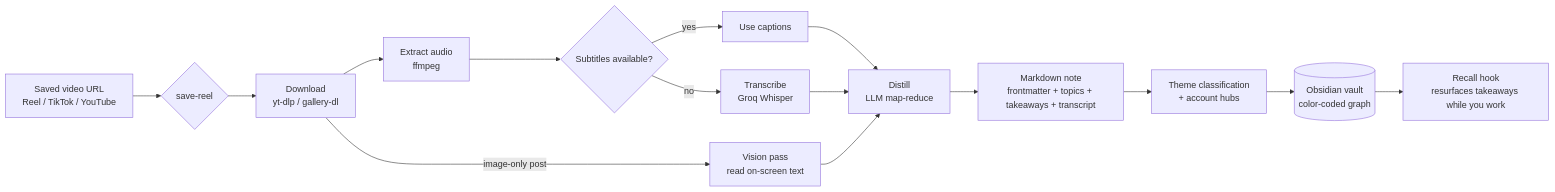
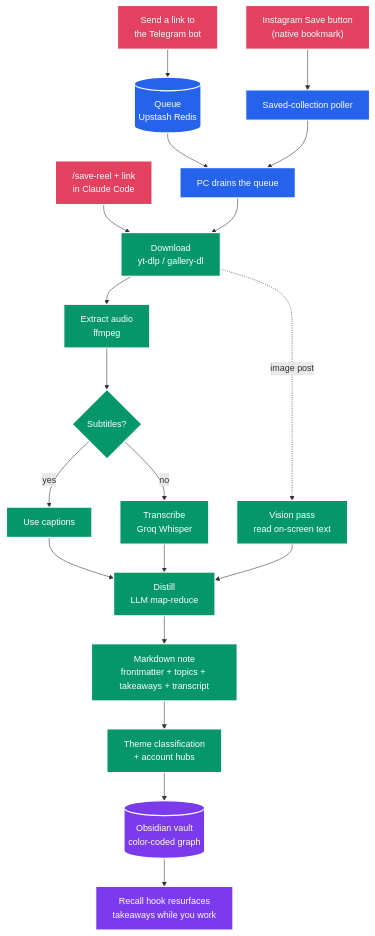
Before and after one commit to LESA3W/reelsbrain: the diagram in README.md, drawn with Mermaid. The commit also changed other lines of this file and 5 other files, not shown here.

Commit message:
docs: real brand logos (color), full graph, colored 3-entry pipeline diagram; drop Reels icon

````diff
--- a/README.md
+++ b/README.md
@@ -44,17 +48,39 @@
 ```mermaid
-flowchart LR
-    A[Saved video URL<br/>Reel / TikTok / YouTube] --> B{save-reel}
-    B --> C[Download<br/>yt-dlp / gallery-dl]
-    C --> D[Extract audio<br/>ffmpeg]
-    D --> E{Subtitles available?}
-    E -- yes --> G[Use captions]
-    E -- no --> F[Transcribe<br/>Groq Whisper]
-    G --> H[Distill<br/>LLM map-reduce]
-    F --> H
-    C -- image-only post --> V[Vision pass<br/>read on-screen text]
-    V --> H
-    H --> I[Markdown note<br/>frontmatter + topics + takeaways + transcript]
-    I --> J[Theme classification<br/>+ account hubs]
-    J --> K[(Obsidian vault<br/>color-coded graph)]
-    K --> L[Recall hook<br/>resurfaces takeaways while you work]
+flowchart TB
+    %% capture (3 ways)
+    T["Send a link to<br/>the Telegram bot"]:::cap
+    C["/save-reel + link<br/>in Claude Code"]:::cap
+    S["Instagram Save button<br/>(native bookmark)"]:::cap
+    %% infra
+    Q[("Queue<br/>Upstash Redis")]:::infra
+    P["Saved-collection poller"]:::infra
+    D["PC drains the queue"]:::infra
+    %% pipeline
+    DL["Download<br/>yt-dlp / gallery-dl"]:::proc
+    AU["Extract audio<br/>ffmpeg"]:::proc
+    SUB{"Subtitles?"}:::proc
+    CAPT["Use captions"]:::proc
+    WH["Transcribe<br/>Groq Whisper"]:::proc
+    VI["Vision pass<br/>read on-screen text"]:::proc
+    DI["Distill<br/>LLM map-reduce"]:::proc
+    NOTE["Markdown note<br/>frontmatter + topics + takeaways + transcript"]:::proc
+    TH["Theme classification<br/>+ account hubs"]:::proc
+    %% output
+    V[("Obsidian vault<br/>color-coded graph")]:::out
+    RC["Recall hook resurfaces<br/>takeaways while you work"]:::out
+
+    T --> Q --> D
+    S --> P --> D
+    C --> DL
+    D --> DL
+    DL --> AU --> SUB
+    SUB -- yes --> CAPT --> DI
+    SUB -- no --> WH --> DI
+    DL -. image post .-> VI --> DI
+    DI --> NOTE --> TH --> V --> RC
+
+    classDef cap fill:#E4405F,stroke:#ffffff,stroke-width:2px,color:#ffffff
+    classDef infra fill:#2563EB,stroke:#ffffff,stroke-width:2px,color:#ffffff
+    classDef proc fill:#059669,stroke:#ffffff,stroke-width:2px,color:#ffffff
+    classDef out fill:#7C3AED,stroke:#ffffff,stroke-width:2px,color:#ffffff
 ```
````
